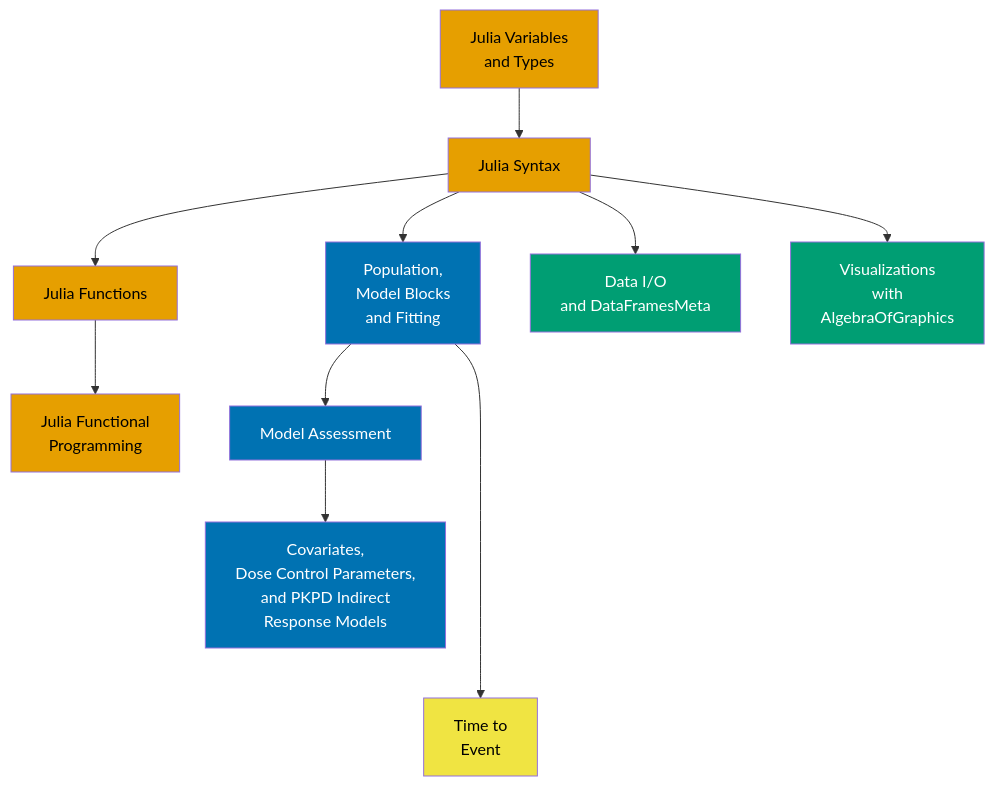
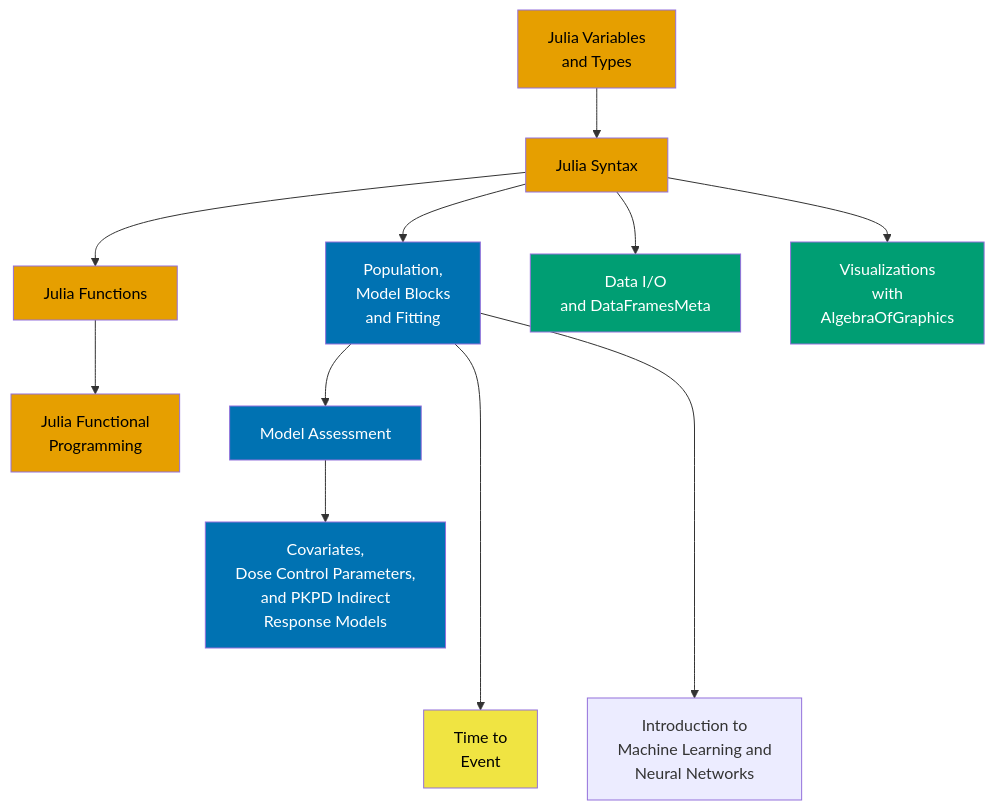
Before and after one commit to PumasAI-Labs/Workshops: the diagram in docs/index.md, drawn with Mermaid. The commit also changed other lines of this file, not shown here.

Commit message:
Add Introduction to ML and NNs with DeepPumas (#13)

````diff
--- a/docs/index.md
+++ b/docs/index.md
@@ -41,39 +41,39 @@
 ```mermaid
 graph TB
   J1[Julia Variables\nand Types] --> J2[Julia Syntax];
   J2 --> J3[Julia Functions];
   J3 --> J4[Julia Functional\nProgramming];
   J2 --> N1[Population,\nModel Blocks\nand Fitting];
   N1 --> N2[Model Assessment];
   N2 --> N3[Covariates,\nDose Control Parameters,\nand PKPD Indirect\nResponse Models];
   %% N2 --> N4[Visualization\nwith PumasUtilities];
   %% N3 --> N5[Non-Gaussian and\nTime Manipulation];
   %% N1 ----> D1[Logistic\nRegression];
   %% N1 ----> D2[Poisson\nRegression];
   N1 ----> D3[Time to\nEvent];
   %% N1 --> B1[Introduction\nto the\nBayesian\nWorkflow];
   %% B1 --> B2[Markov Chain\nMonte Carlo];
   %% B2 --> B3[Model\nComparison];
-  %% N1 ----> DP1[Introduction\nto DeepPumas];
+  N1 ----> DP1[Introduction to \n Machine Learning and \n Neural Networks];
   J2 --> DA1[Data I/O\nand DataFramesMeta];
   J2 --> DA2[Visualizations\nwith\nAlgebraOfGraphics];
   %% N2 & J3 ----> S1[Simulation\nand Decision\nMaking\nusing Pumas];
 
   %% This is a good color blind friendly palette
   %% https://gist.github.com/tpoisot/ad38a5ed789cc549b2140f9688447ccd
   %% From https://www.nature.com/articles/nmeth.1618
   classDef orange fill:#e69f00, color:#000000;
   classDef blue fill:#0072b2, color:#ffffff;
   classDef skyblue fill:#56b4e9, color:#000000;
   classDef yellow fill:#f0e442, color:#000000;
   classDef green fill:#009e73, color:#ffffff;
   classDef vermillion fill:#d55e00;
   classDef reddishpurple fill:#cc79a7;
 
   class J1,J2,J3,J4 orange;
   class N1,N2,N3,N4,N5 blue;
   class D1,D2,D3 yellow;
   class B1,B2,B3 skyblue;
   class DA1,DA2 green;
   class S1 vermillion;
 ```
````
